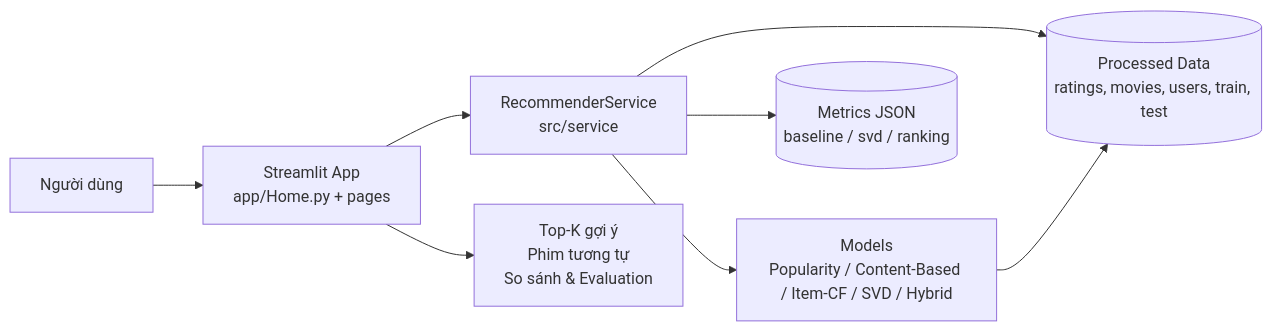
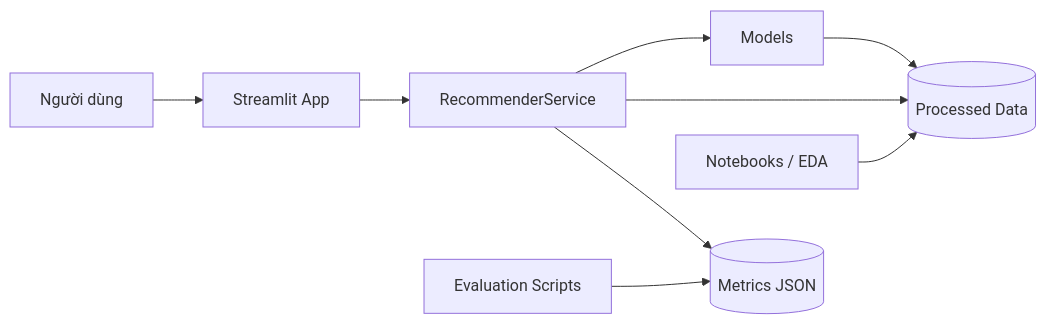
Before and after one commit to Huydcpy/AI-PERSONALIZED_RECOMMENDATION_SYSTEM-: the diagram in README.md, drawn with Mermaid. The commit also changed other lines of this file, not shown here.

````diff
--- a/README.md
+++ b/README.md
@@ -66,10 +34,11 @@
 ```mermaid
 flowchart LR
-    U[Người dùng] --> A[Streamlit App\napp/Home.py + pages]
-    A --> S[RecommenderService\nsrc/service]
-    S --> M[Models\nPopularity / Content-Based / Item-CF / SVD / Hybrid]
-    S --> D[(Processed Data\nratings, movies, users, train, test)]
-    S --> R[(Metrics JSON\nbaseline / svd / ranking)]
+    U[Người dùng] --> A[Streamlit App]
+    A --> S[RecommenderService]
+    S --> M[Models]
+    S --> D[(Processed Data)]
+    S --> R[(Metrics JSON)]
     M --> D
-    A --> V[Top-K gợi ý\nPhim tương tự\nSo sánh & Evaluation]
+    E[Evaluation Scripts] --> R
+    N[Notebooks / EDA] --> D
 ```
````
